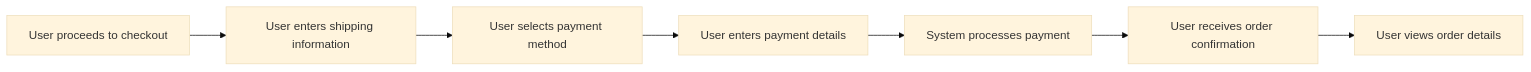
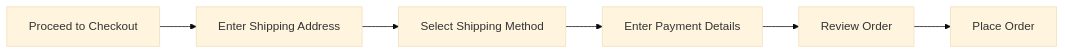
The eighth of 20 diagrams in mistralai/codestral-2508/shopping/docs/analysis/03-user-flows.md (wrtnlabs/autobe-examples), drawn with Mermaid (base theme) before and after one commit. The commit also changed other lines of this file and 7173 other files, not shown here.

````diff
--- a/mistralai/codestral-2508/shopping/docs/analysis/03-user-flows.md
+++ b/mistralai/codestral-2508/shopping/docs/analysis/03-user-flows.md
@@ -199,9 +89,8 @@
 ```mermaid
-flowchart LR
-    A["User proceeds to checkout"] --> B["User enters shipping information"]
-    B --> C["User selects payment method"]
-    C --> D["User enters payment details"]
-    D --> E["System processes payment"]
-    E --> F["User receives order confirmation"]
-    F --> G["User views order details"]
+graph LR
+    A["Proceed to Checkout"] --> B["Enter Shipping Address"]
+    B --> C["Select Shipping Method"]
+    C --> D["Enter Payment Details"]
+    D --> E["Review Order"]
+    E --> F["Place Order"]
 ```
````
